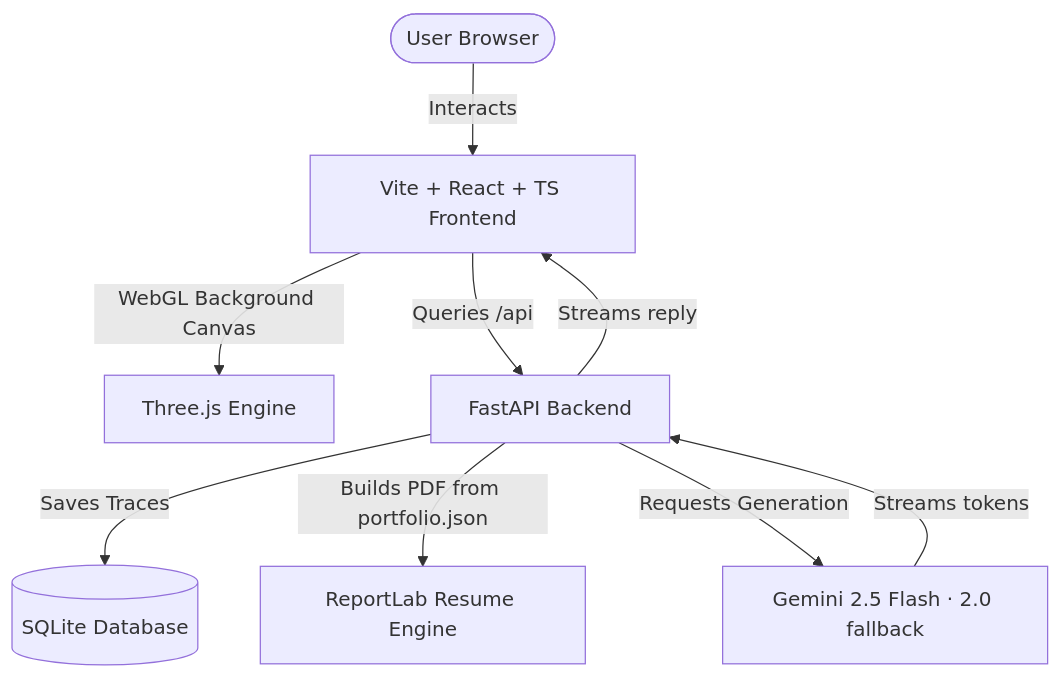
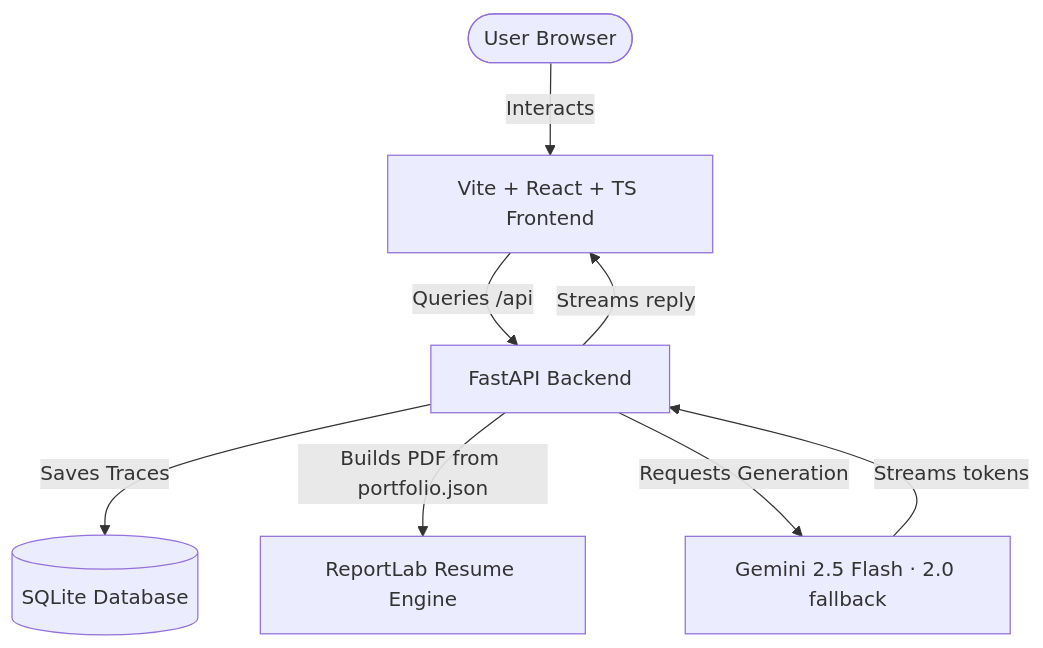
One commit to hemanthnagasai/Portfolio changed the diagram in README.md. Above: the diagram before and after it, drawn with Mermaid. The commit also changed other lines of this file and 55 other files, not shown here.

````diff
--- a/README.md
+++ b/README.md
@@ -40,11 +42,10 @@
 ```mermaid
 graph TD
     User([User Browser]) -->|Interacts| FE[Vite + React + TS Frontend]
-    FE -->|WebGL Background Canvas| Canvas[Three.js Engine]
     FE -->|Queries /api| BE[FastAPI Backend]
     BE -->|Saves Traces| DB[(SQLite Database)]
     BE -->|Builds PDF from portfolio.json| PDF[ReportLab Resume Engine]
     BE -->|Requests Generation| Gemini[Gemini 2.5 Flash · 2.0 fallback]
     Gemini -->|Streams tokens| BE
     BE -->|Streams reply| FE
 ```
````
